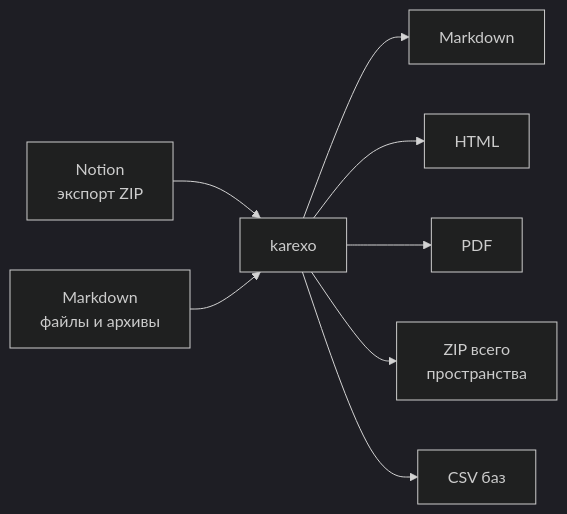
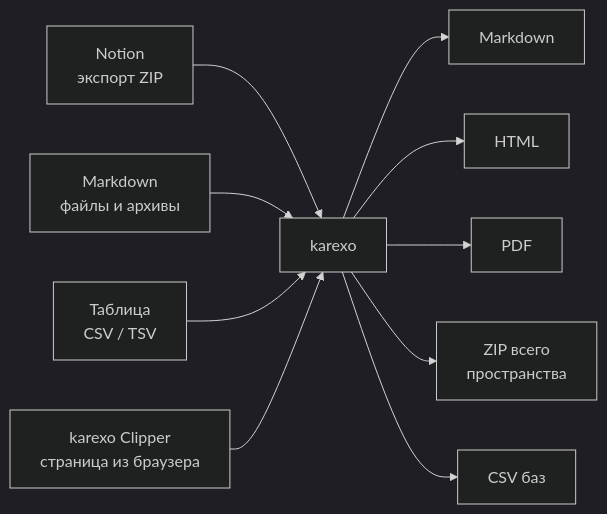
The diagram in docs/import-export.md (mihazzzold/karexo), drawn with Mermaid (dark theme) before and after one commit. The commit also changed other lines of this file and 23 other files, not shown here.

````diff
--- a/docs/import-export.md
+++ b/docs/import-export.md
@@ -101,10 +138,12 @@
 ```mermaid
 flowchart LR
     N["Notion<br/>экспорт ZIP"] --> K["karexo"]
     M["Markdown<br/>файлы и архивы"] --> K
+    T["Таблица<br/>CSV / TSV"] --> K
+    CL["karexo Clipper<br/>страница из браузера"] --> K
     K --> MD["Markdown"]
     K --> H["HTML"]
     K --> P["PDF"]
     K --> Z["ZIP всего<br/>пространства"]
     K --> C["CSV баз"]
 ```
````
